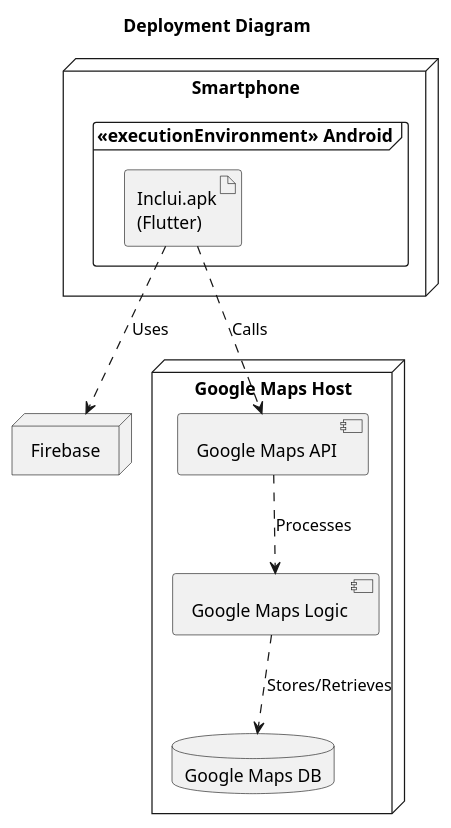
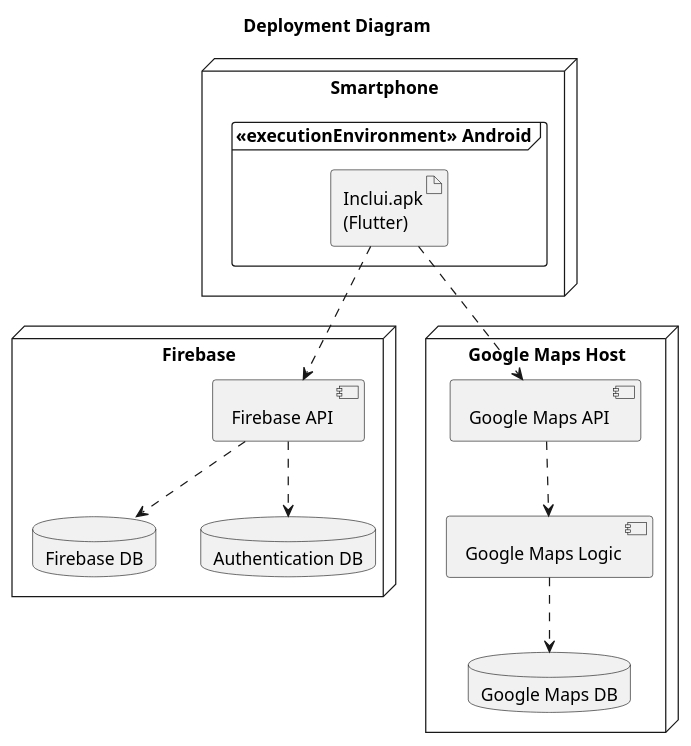
Before and after one commit to simaopsbarbosa/Inclui: the diagram in docs/uml/physicalModel.puml, drawn with PlantUML. The commit also changed 4 other files, not shown here.

```diff
--- a/docs/uml/physicalModel.puml
+++ b/docs/uml/physicalModel.puml
@@ -1,23 +1,29 @@
 @startuml physicalModel
 title Deployment Diagram
 node "Smartphone" {
     frame "<<executionEnvironment>> Android" {
         artifact "Inclui.apk\n(Flutter)"
     }
 }
 
-node "Firebase"
+node "Firebase"{
+    component "Firebase API"
+    database "Firebase DB"
+    database "Authentication DB"
+}
 
 node "Google Maps Host" {
     component "Google Maps API"
     component "Google Maps Logic"
     database "Google Maps DB"
 }
 
 ' Connections
-"Inclui.apk\n(Flutter)" ..> "Firebase" : Uses
-"Inclui.apk\n(Flutter)" ..> "Google Maps API" : Calls
-"Google Maps API" ..> "Google Maps Logic" : Processes
-"Google Maps Logic" ..> "Google Maps DB" : Stores/Retrieves
+"Inclui.apk\n(Flutter)" ..> "Firebase API"
+"Inclui.apk\n(Flutter)" ..> "Google Maps API"
+"Google Maps API" ..> "Google Maps Logic"
+"Google Maps Logic" ..> "Google Maps DB"
+"Firebase API" ..> "Firebase DB"
+"Firebase API" ..> "Authentication DB"
 
 @enduml
```
